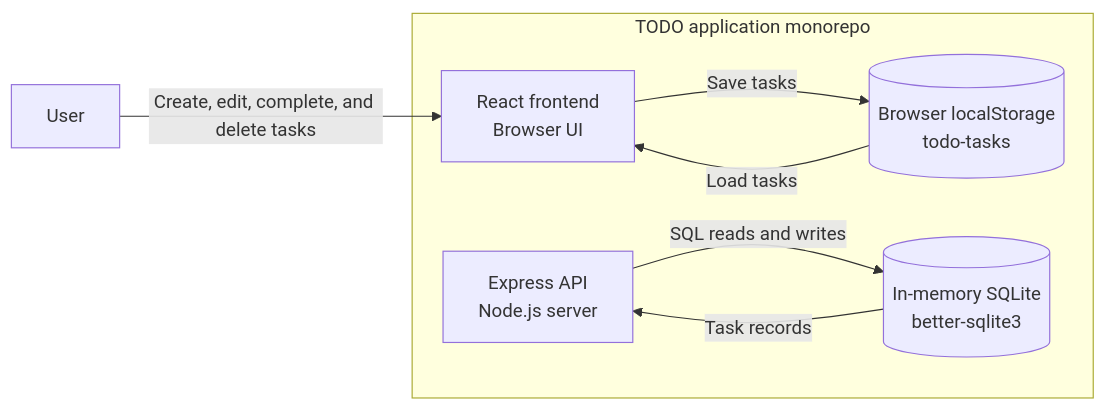
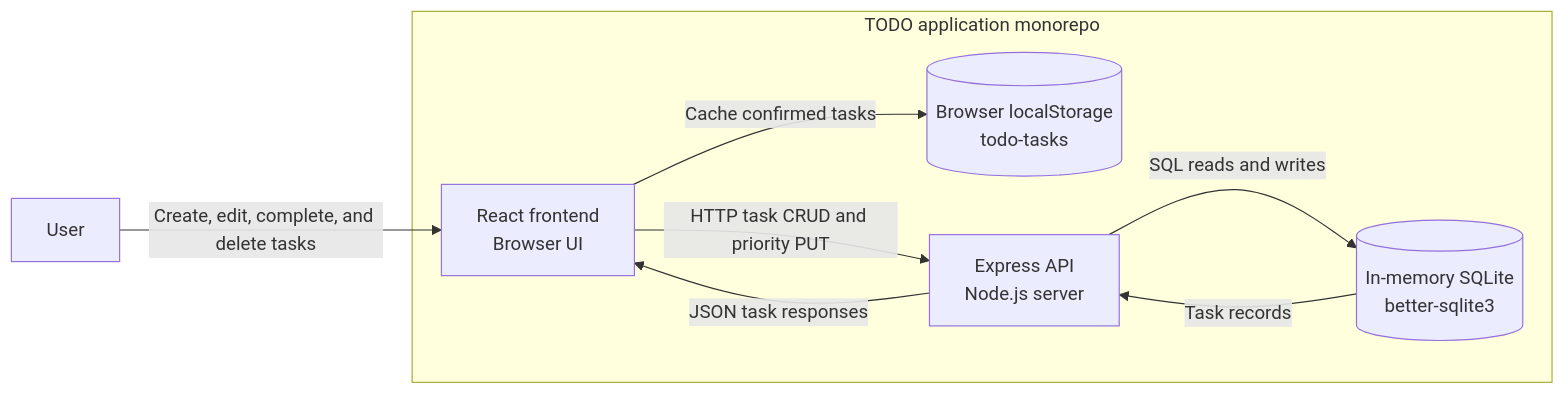
The first of 2 diagrams in docs/cloud-architecture-overview.md (yehiaitani01/ae-bootcamp-session-3), drawn with Mermaid before and after one commit. The commit also changed other lines of this file and 7 other files, not shown here.

````diff
--- a/docs/cloud-architecture-overview.md
+++ b/docs/cloud-architecture-overview.md
@@ -7,15 +7,16 @@
 ```mermaid
 flowchart LR
     user["User"]
     subgraph monorepo["TODO application monorepo"]
         frontend["React frontend<br/>Browser UI"]
         local[("Browser localStorage<br/>todo-tasks")]
         api["Express API<br/>Node.js server"]
         store[("In-memory SQLite<br/>better-sqlite3")]
     end
     user -->|"Create, edit, complete, and delete tasks"| frontend
-    frontend -->|"Save tasks"| local
-    local -->|"Load tasks"| frontend
+    frontend -->|"Cache confirmed tasks"| local
+    frontend -->|"HTTP task CRUD and priority PUT"| api
+    api -->|"JSON task responses"| frontend
     api -->|"SQL reads and writes"| store
     store -->|"Task records"| api
 ```
````
